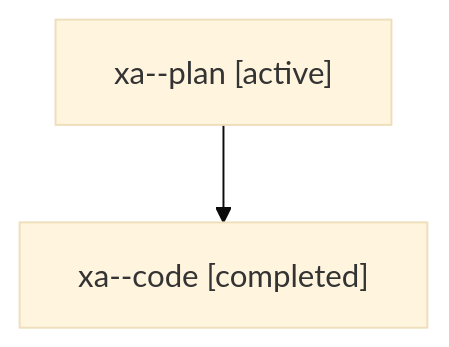
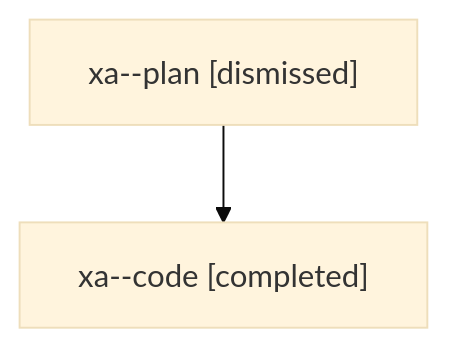
Before and after one commit to sase-org/sase--agents: the diagram in sessions/bbugyi200.athena.xa.md, drawn with Mermaid (base theme). The commit also changed other lines of this file and 22 other files, not shown here.

````diff
--- a/sessions/bbugyi200.athena.xa.md
+++ b/sessions/bbugyi200.athena.xa.md
@@ -9,6 +9,6 @@
 ```mermaid
 flowchart TD
-  n0["xa--plan [active]"]
+  n0["xa--plan [dismissed]"]
   n1["xa--code [completed]"]
   n0 --> n1
 ```
````
